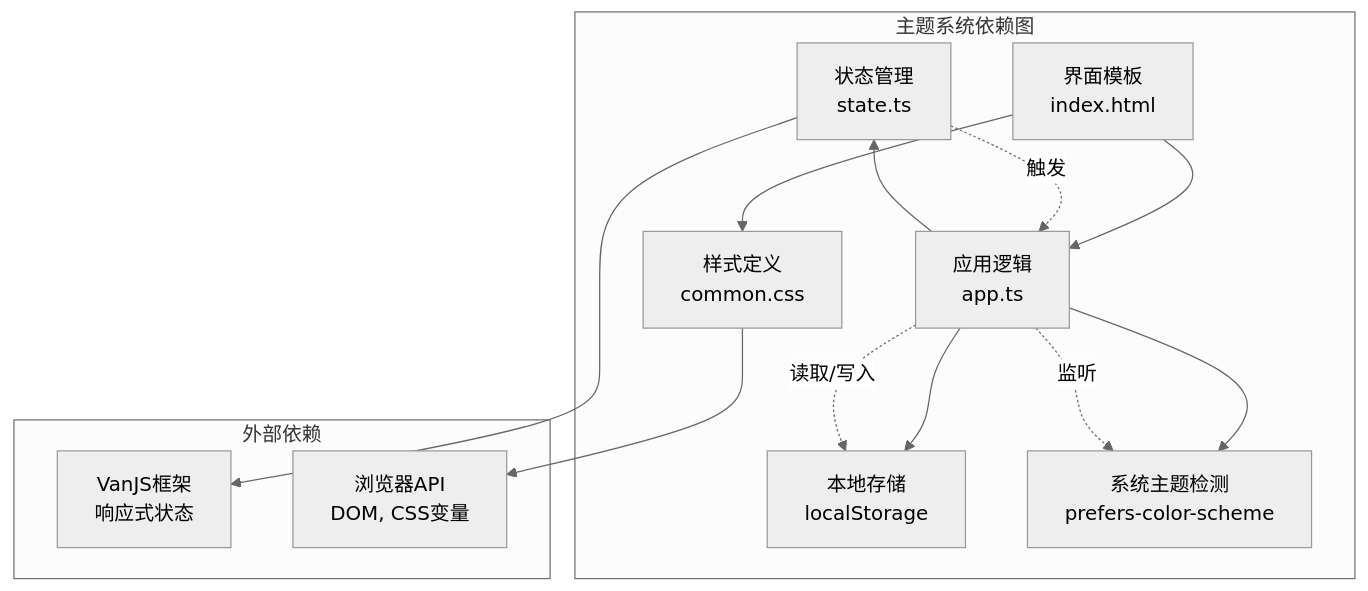
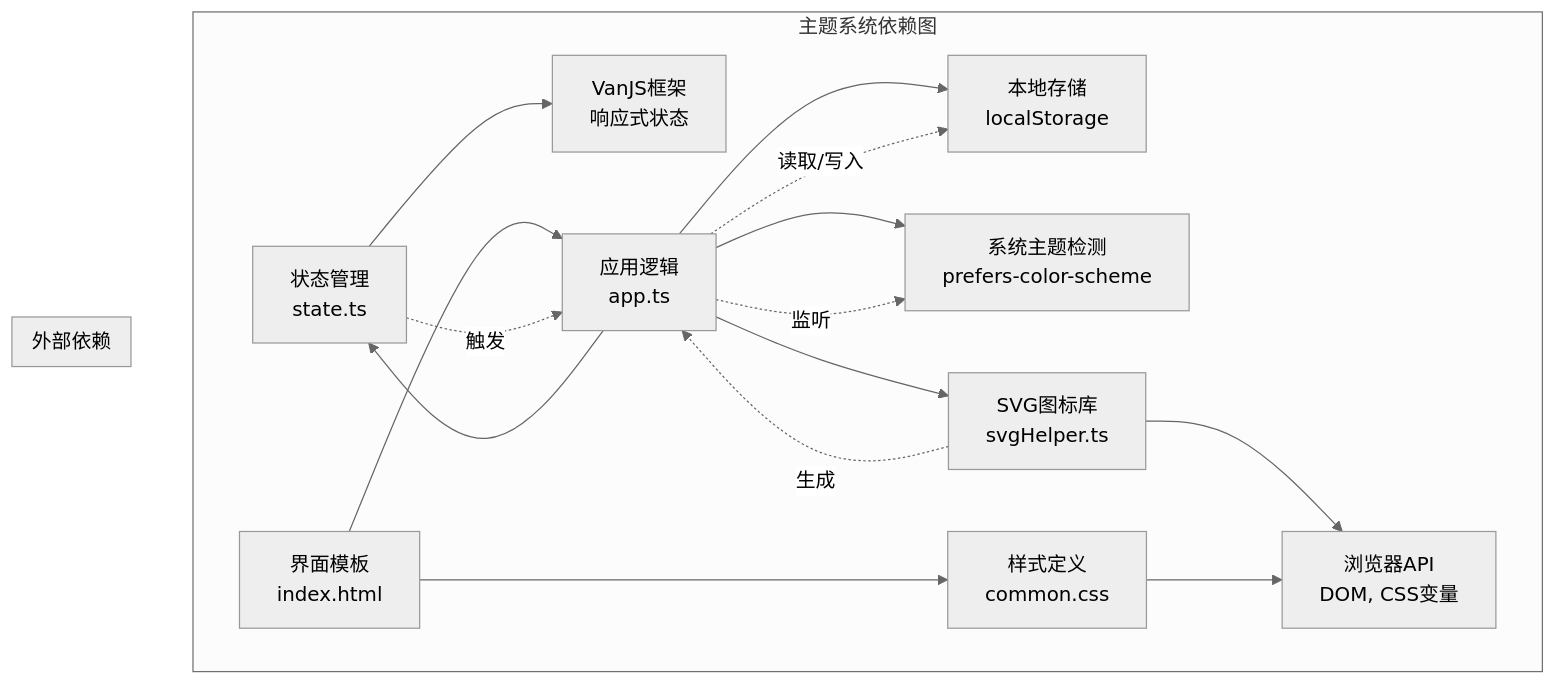
One commit to BlackBoxRecorder/memos changed the tenth of 10 diagrams in .qoder/repowiki/zh/content/前端应用/主题切换系统.md. Above: the diagram before and after it, drawn with Mermaid (neutral theme). The commit also changed other lines of this file and 7 other files, not shown here.

````diff
--- a/.qoder/repowiki/zh/content/前端应用/主题切换系统.md
+++ b/.qoder/repowiki/zh/content/前端应用/主题切换系统.md
@@ -291,25 +412,31 @@
 ```mermaid
 graph TD
 subgraph "主题系统依赖图"
 State[状态管理<br/>state.ts]
 App[应用逻辑<br/>app.ts]
 CSS[样式定义<br/>common.css]
 HTML[界面模板<br/>index.html]
 Storage[本地存储<br/>localStorage]
 MediaQuery[系统主题检测<br/>prefers-color-scheme]
+SVGHelper[SVG图标库<br/>svgHelper.ts]
+VanJS[VanJS框架<br/>响应式状态]
+Browser[浏览器API<br/>DOM, CSS变量]
 end
 subgraph "外部依赖"
 VanJS[VanJS框架<br/>响应式状态]
 Browser[浏览器API<br/>DOM, CSS变量]
 end
 State --> VanJS
 App --> State
 App --> Storage
 App --> MediaQuery
+App --> SVGHelper
+SVGHelper --> Browser
 CSS --> Browser
 HTML --> CSS
 HTML --> App
 App -.->|"读取/写入"| Storage
 App -.->|"监听"| MediaQuery
 State -.->|"触发"| App
+SVGHelper -.->|"生成"| App
 ```
````
